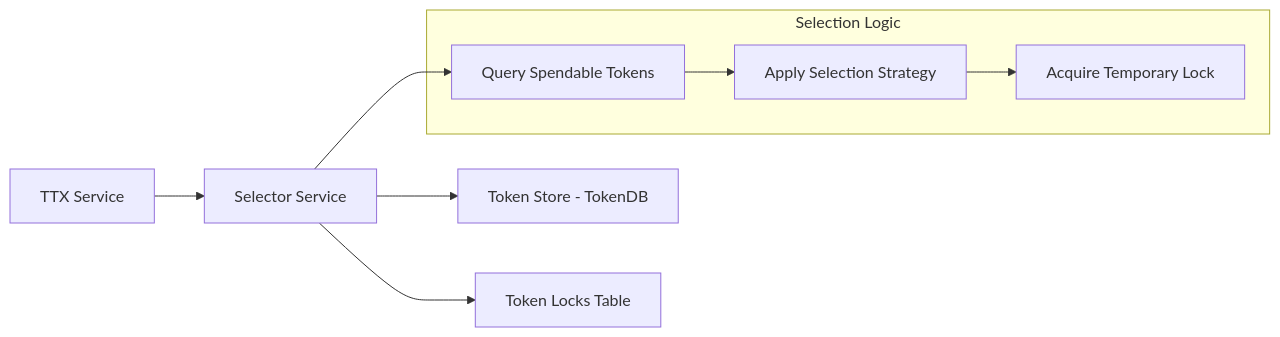
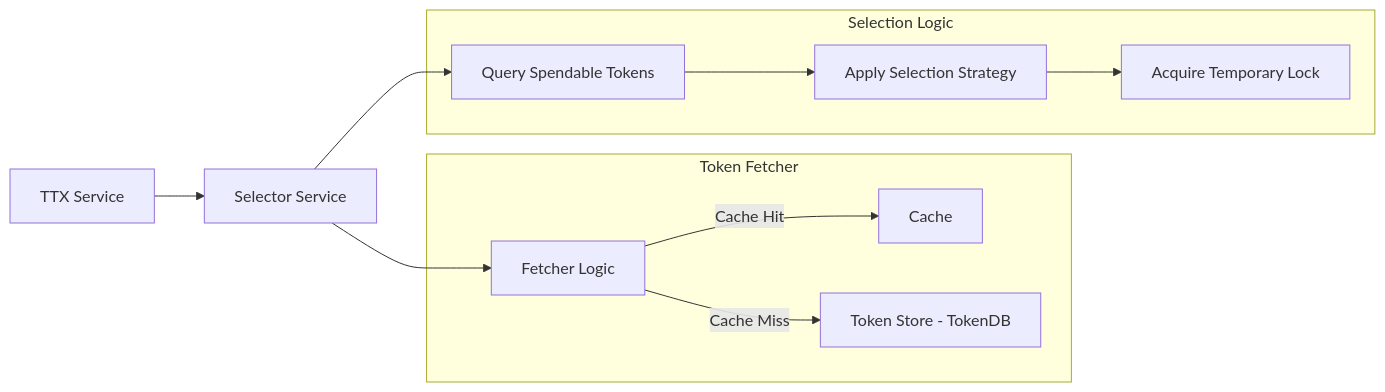
Before and after one commit to hyperledger-labs/fabric-token-sdk: the diagram in docs/services/selector.md, drawn with Mermaid. The commit also changed other lines of this file and 13 other files, not shown here.

Commit message:
optimize fetcher cache

````diff
--- a/docs/services/selector.md
+++ b/docs/services/selector.md
@@ -16,16 +16,21 @@
 ```mermaid
 graph LR
     TTX[TTX Service] --> Selector[Selector Service]
-    Selector --> TokenDB[Token Store - TokenDB]
-    Selector --> TokenLocks[Token Locks Table]
+    
+    subgraph "Token Fetcher"
+        Fetcher[Fetcher Logic]
+        Fetcher -->|Cache Hit| Cache[Cache]
+        Fetcher -->|Cache Miss| TokenDB[Token Store - TokenDB]
+    end
     
     subgraph "Selection Logic"
         Query[Query Spendable Tokens]
+        Strategy[Apply Selection Strategy]
         Lock[Acquire Temporary Lock]
-        Strategy[Apply Selection Strategy]
     end
     
+    Selector --> Fetcher
     Selector --> Query
     Query --> Strategy
     Strategy --> Lock
 ```
````
